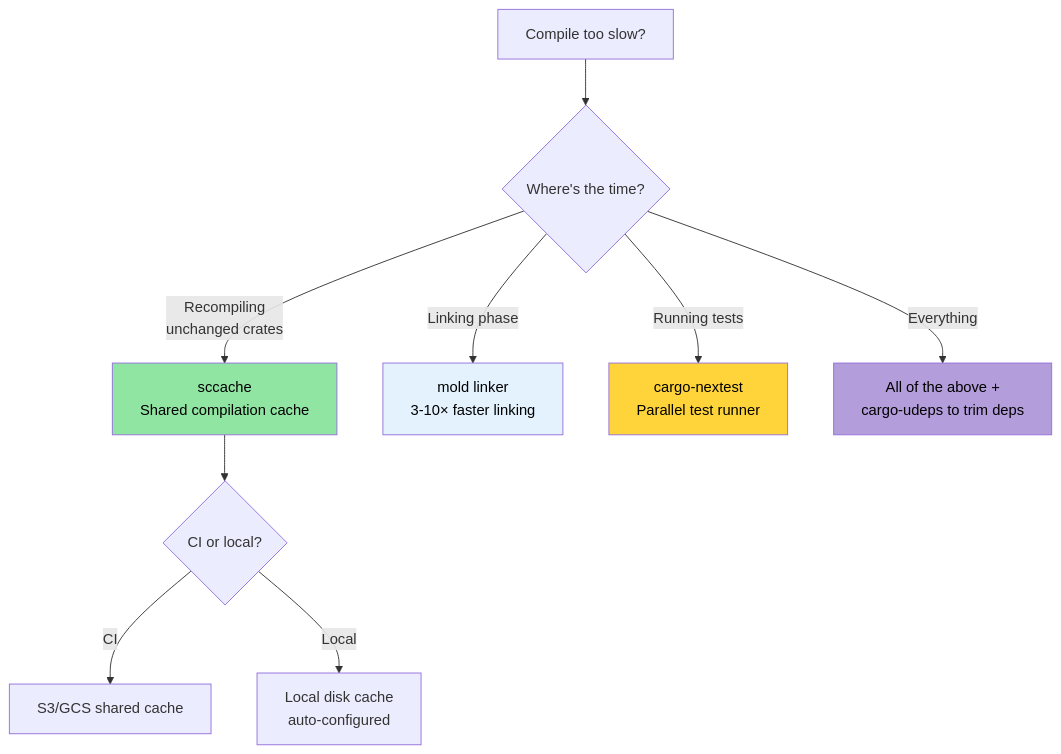
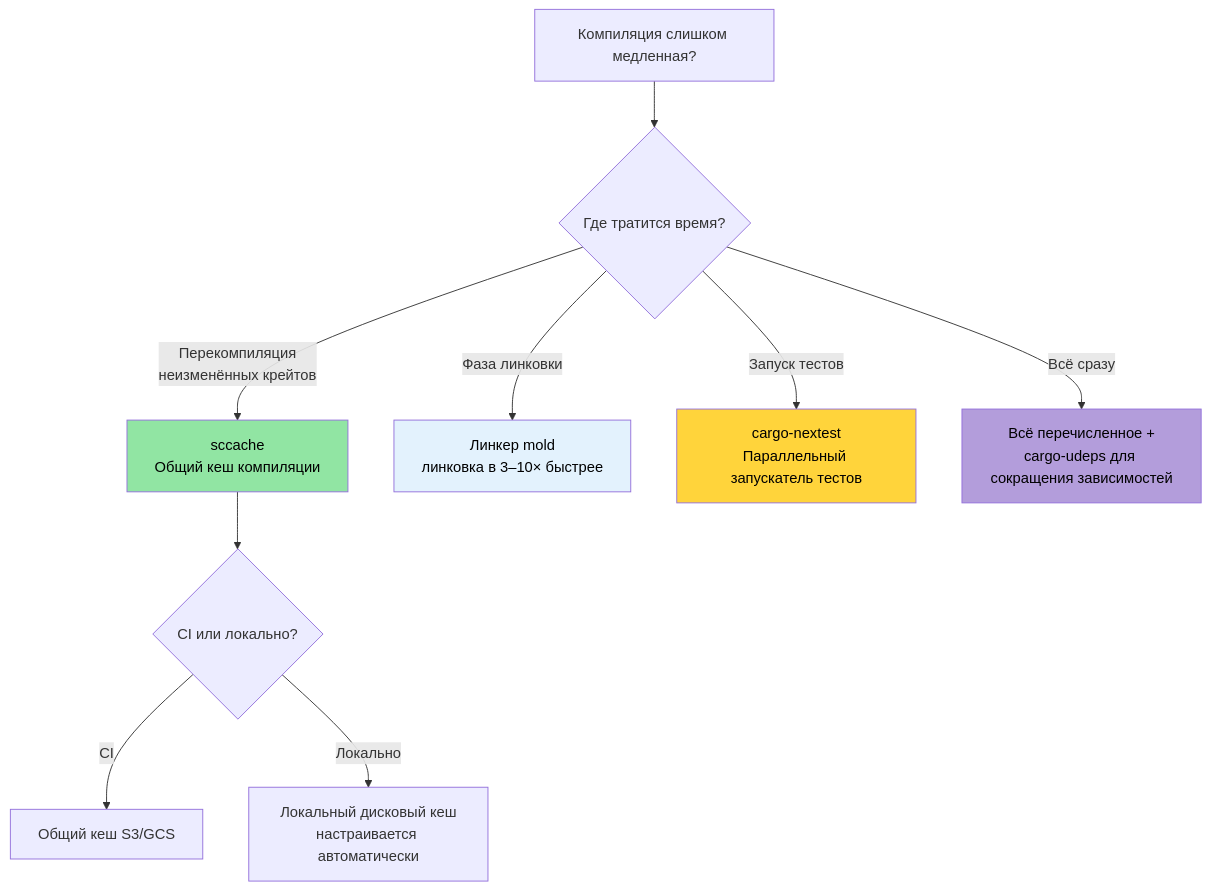
One commit to r007/RustTraining-Rus changed the diagram in engineering-book/src/ch08-compile-time-and-developer-tools.md. Above: the diagram before and after it, drawn with Mermaid. The commit also changed other lines of this file and 7 other files, not shown here.

````diff
--- a/engineering-book/src/ch08-compile-time-and-developer-tools.md
+++ b/engineering-book/src/ch08-compile-time-and-developer-tools.md
@@ -417,18 +414,18 @@
 ```mermaid
 flowchart TD
-    START["Compile too slow?"] --> WHERE{"Where's the time?"}
+    START["Компиляция слишком медленная?"] --> WHERE{"Где тратится время?"}
 
-    WHERE -->|"Recompiling<br/>unchanged crates"| SCCACHE["sccache<br/>Shared compilation cache"]
-    WHERE -->|"Linking phase"| MOLD["mold linker<br/>3-10× faster linking"]
-    WHERE -->|"Running tests"| NEXTEST["cargo-nextest<br/>Parallel test runner"]
-    WHERE -->|"Everything"| COMBO["All of the above +<br/>cargo-udeps to trim deps"]
+    WHERE -->|"Перекомпиляция<br/>неизменённых крейтов"| SCCACHE["sccache<br/>Общий кеш компиляции"]
+    WHERE -->|"Фаза линковки"| MOLD["Линкер mold<br/>линковка в 3–10× быстрее"]
+    WHERE -->|"Запуск тестов"| NEXTEST["cargo-nextest<br/>Параллельный запускатель тестов"]
+    WHERE -->|"Всё сразу"| COMBO["Всё перечисленное +<br/>cargo-udeps для сокращения зависимостей"]
 
-    SCCACHE --> CI_CACHE{"CI or local?"}
-    CI_CACHE -->|"CI"| S3["S3/GCS shared cache"]
-    CI_CACHE -->|"Local"| LOCAL["Local disk cache<br/>auto-configured"]
+    SCCACHE --> CI_CACHE{"CI или локально?"}
+    CI_CACHE -->|"CI"| S3["Общий кеш S3/GCS"]
+    CI_CACHE -->|"Локально"| LOCAL["Локальный дисковый кеш<br/>настраивается автоматически"]
 
     style SCCACHE fill:#91e5a3,color:#000
     style MOLD fill:#e3f2fd,color:#000
     style NEXTEST fill:#ffd43b,color:#000
     style COMBO fill:#b39ddb,color:#000
 ```
````
